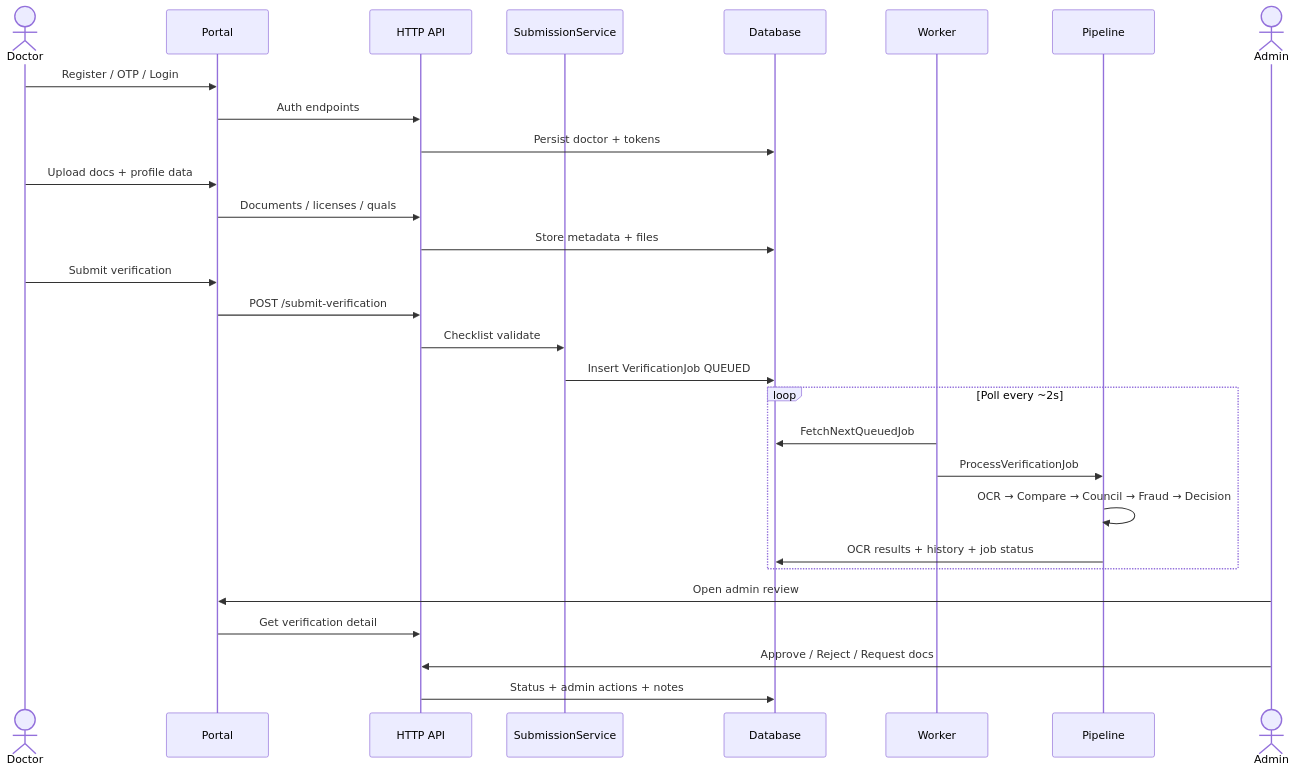
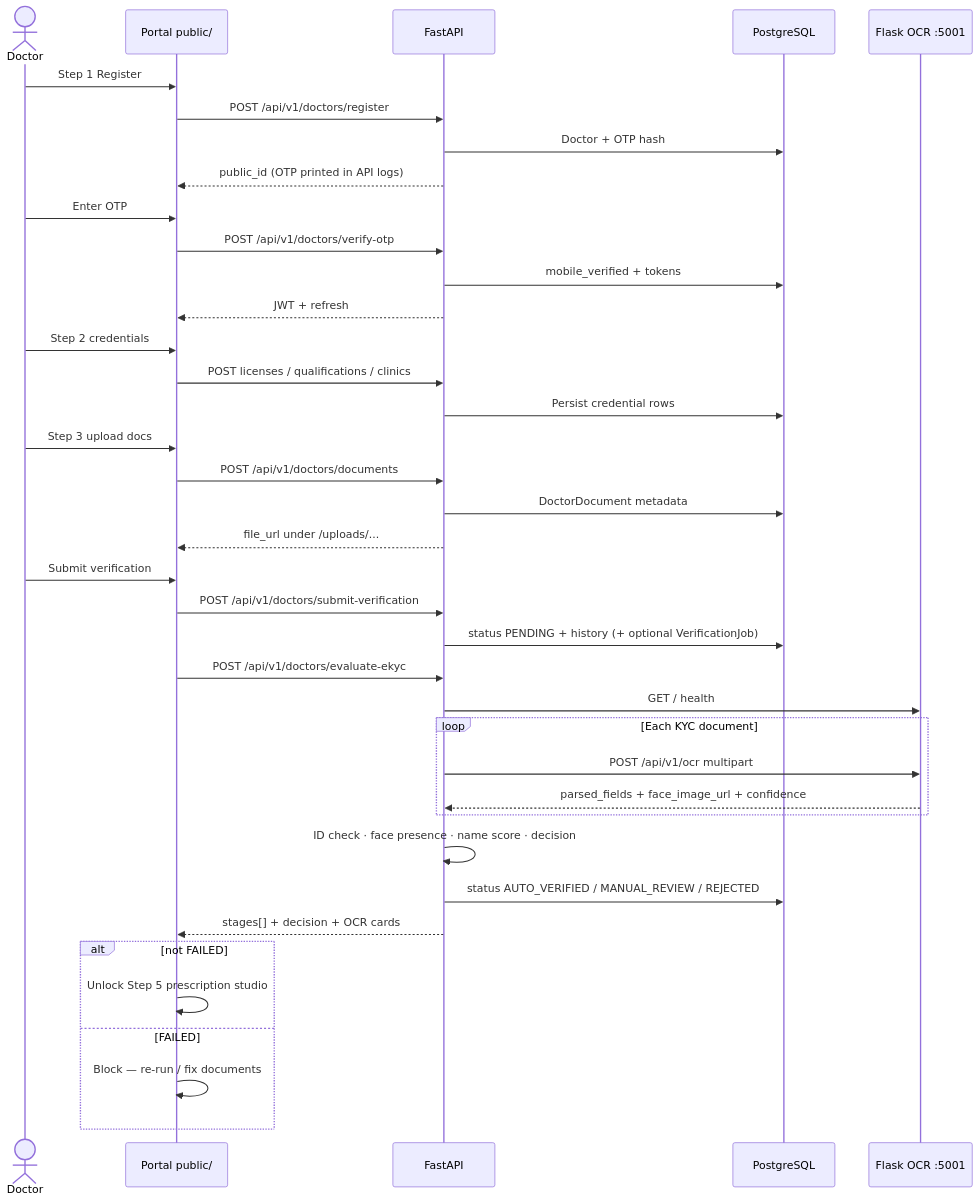
The fourth of 11 diagrams in docs/ARCHITECTURE.md (Saravanan2005real/zudoc-doctor-portal-EKYC), drawn with Mermaid before and after one commit. The commit also changed other lines of this file and 1 other file, not shown here.

First line of the commit message:
Rewrite README and architecture docs for the Python eKYC pipeline.

````diff
--- a/docs/ARCHITECTURE.md
+++ b/docs/ARCHITECTURE.md
@@ -140,36 +140,47 @@
 ```mermaid
 sequenceDiagram
   actor D as Doctor
-  participant UI as Portal
-  participant API as HTTP API
-  participant S as SubmissionService
-  participant DB as Database
-  participant W as Worker
-  participant PL as Pipeline
-  actor AD as Admin
+  participant UI as Portal public/
+  participant API as FastAPI
+  participant DB as PostgreSQL
+  participant OCR as Flask OCR :5001
 
-  D->>UI: Register / OTP / Login
-  UI->>API: Auth endpoints
-  API->>DB: Persist doctor + tokens
+  D->>UI: Step 1 Register
+  UI->>API: POST /api/v1/doctors/register
+  API->>DB: Doctor + OTP hash
+  API-->>UI: public_id (OTP printed in API logs)
 
-  D->>UI: Upload docs + profile data
-  UI->>API: Documents / licenses / quals
-  API->>DB: Store metadata + files
+  D->>UI: Enter OTP
+  UI->>API: POST /api/v1/doctors/verify-otp
+  API->>DB: mobile_verified + tokens
+  API-->>UI: JWT + refresh
+
+  D->>UI: Step 2 credentials
+  UI->>API: POST licenses / qualifications / clinics
+  API->>DB: Persist credential rows
+
+  D->>UI: Step 3 upload docs
+  UI->>API: POST /api/v1/doctors/documents
+  API->>DB: DoctorDocument metadata
+  API-->>UI: file_url under /uploads/...
 
   D->>UI: Submit verification
-  UI->>API: POST /submit-verification
-  API->>S: Checklist validate
-  S->>DB: Insert VerificationJob QUEUED
+  UI->>API: POST /api/v1/doctors/submit-verification
+  API->>DB: status PENDING + history (+ optional VerificationJob)
 
-  loop Poll every ~2s
-    W->>DB: FetchNextQueuedJob
-    W->>PL: ProcessVerificationJob
-    PL->>PL: OCR → Compare → Council → Fraud → Decision
-    PL->>DB: OCR results + history + job status
+  UI->>API: POST /api/v1/doctors/evaluate-ekyc
+  API->>OCR: GET / health
+  loop Each KYC document
+    API->>OCR: POST /api/v1/ocr multipart
+    OCR-->>API: parsed_fields + face_image_url + confidence
   end
+  API->>API: ID check · face presence · name score · decision
+  API->>DB: status AUTO_VERIFIED / MANUAL_REVIEW / REJECTED
+  API-->>UI: stages[] + decision + OCR cards
 
-  AD->>UI: Open admin review
-  UI->>API: Get verification detail
-  AD->>API: Approve / Reject / Request docs
-  API->>DB: Status + admin actions + notes
+  alt not FAILED
+    UI->>UI: Unlock Step 5 prescription studio
+  else FAILED
+    UI->>UI: Block — re-run / fix documents
+  end
 ```
````
